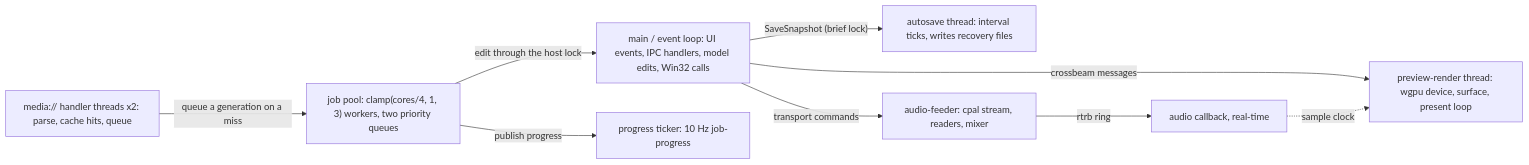
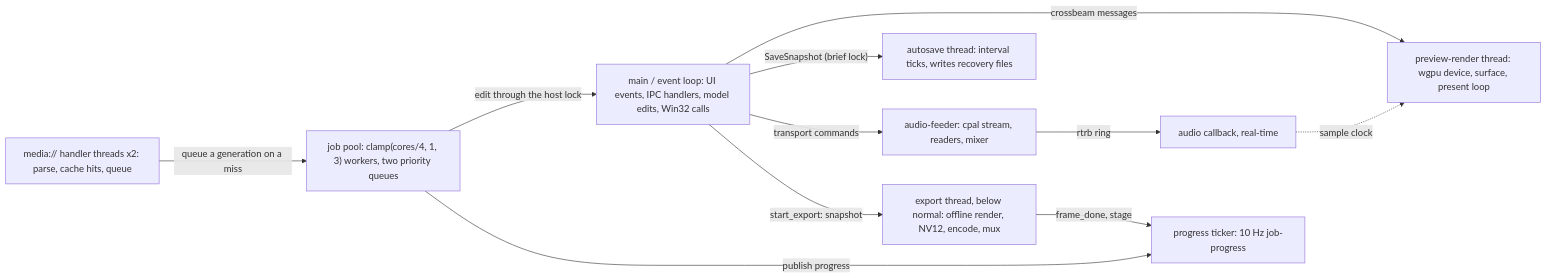
One commit to emicon123/cutframe changed the second of 4 diagrams in docs/architecture/01-system-context.md. Above: the diagram before and after it, drawn with Mermaid. The commit also changed other lines of this file and 26 other files, not shown here.

First line of the commit message:
feat: export render loop, output handling and export IPC (task 0390 steps 6-7)

````diff
--- a/docs/architecture/01-system-context.md
+++ b/docs/architecture/01-system-context.md
@@ -43,19 +43,22 @@
 ```mermaid
 flowchart LR
   main["main / event loop: UI events, IPC handlers, model edits, Win32 calls"]
   render["preview-render thread: wgpu device, surface, present loop"]
   handlers["media:// handler threads x2: parse, cache hits, queue"]
   workers["job pool: clamp(cores/4, 1, 3) workers, two priority queues"]
   auto["autosave thread: interval ticks, writes recovery files"]
   ticker["progress ticker: 10 Hz job-progress"]
   feeder["audio-feeder: cpal stream, readers, mixer"]
   audio["audio callback, real-time"]
+  export["export thread, below normal: offline render, NV12, encode, mux"]
   main -- "crossbeam messages" --> render
   handlers -- "queue a generation on a miss" --> workers
   workers -- "edit through the host lock" --> main
   main -- "SaveSnapshot (brief lock)" --> auto
   workers -- "publish progress" --> ticker
   main -- "transport commands" --> feeder
   feeder -- "rtrb ring" --> audio
   audio -. "sample clock" .-> render
+  main -- "start_export: snapshot" --> export
+  export -- "frame_done, stage" --> ticker
 ```
````
